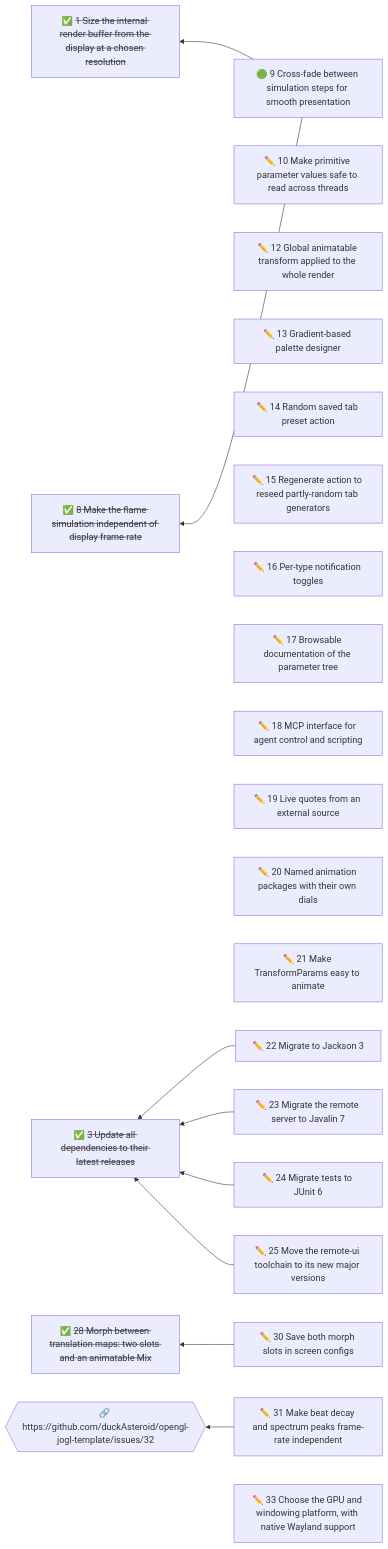
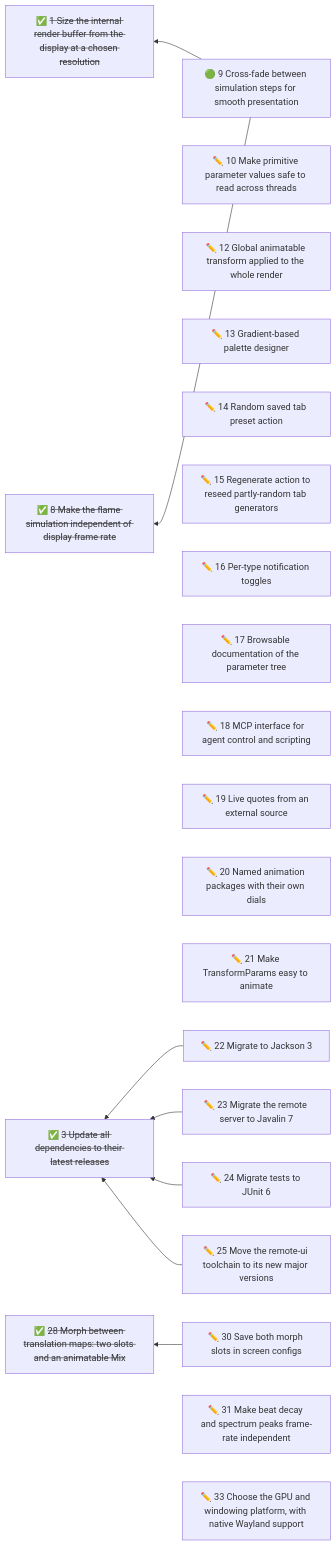
One commit to duckAsteroid/cthugha-reborn changed the diagram in docs/initiatives/README.md. Above: the diagram before and after it, drawn with Mermaid. The commit also changed other lines of this file and 1 other file, not shown here.

Commit message:
docs(initiatives): rescope ct#31 to the beat decay setting after RC9
RC9 ships the upstream wall-clock ballistics (the issue is still open), and
spectrum peaks already use its time-based defaults; what remains is moving
the app's per-frame decay setting to time units, with one open question.

Claude-Session: https://claude.ai/code/session_01YNCZAv8ZyACNq2QKWJoFvK

````diff
--- a/docs/initiatives/README.md
+++ b/docs/initiatives/README.md
@@ -52,59 +52,56 @@
 ```mermaid
 flowchart RL
   n9["🟢 9 Cross-fade between simulation steps for smooth presentation"]
   n10["✏️ 10 Make primitive parameter values safe to read across threads"]
   n12["✏️ 12 Global animatable transform applied to the whole render"]
   n13["✏️ 13 Gradient-based palette designer"]
   n14["✏️ 14 Random saved tab preset action"]
   n15["✏️ 15 Regenerate action to reseed partly-random tab generators"]
   n16["✏️ 16 Per-type notification toggles"]
   n17["✏️ 17 Browsable documentation of the parameter tree"]
   n18["✏️ 18 MCP interface for agent control and scripting"]
   n19["✏️ 19 Live quotes from an external source"]
   n20["✏️ 20 Named animation packages with their own dials"]
   n21["✏️ 21 Make TransformParams easy to animate"]
   n22["✏️ 22 Migrate to Jackson 3"]
   n23["✏️ 23 Migrate the remote server to Javalin 7"]
   n24["✏️ 24 Migrate tests to JUnit 6"]
   n25["✏️ 25 Move the remote-ui toolchain to its new major versions"]
   n30["✏️ 30 Save both morph slots in screen configs"]
   n31["✏️ 31 Make beat decay and spectrum peaks frame-rate independent"]
   n33["✏️ 33 Choose the GPU and windowing platform, with native Wayland support"]
   n1["✅ <s>1 Size the internal render buffer from the display at a chosen resolution</s>"]
   n8["✅ <s>8 Make the flame simulation independent of display frame rate</s>"]
   n3["✅ <s>3 Update all dependencies to their latest releases</s>"]
   n28["✅ <s>28 Morph between translation maps: two slots and an animatable Mix</s>"]
-  x1{{"🔗 https://github.com/duckAsteroid/opengl-jogl-template/issues/32"}}
   n9 --> n1
   n9 --> n8
   n22 --> n3
   n23 --> n3
   n24 --> n3
   n25 --> n3
   n30 --> n28
-  n31 --> x1
   click n9 href "09-decouple-simulation-from-display-with-interpolated-presentat.md"
   click n10 href "10-make-primitive-parameter-values-safe-to-read-across-threads.md"
   click n12 href "12-global-animatable-transform-applied-to-the-whole-render.md"
   click n13 href "13-gradient-based-palette-designer.md"
   click n14 href "14-random-saved-tab-preset-action.md"
   click n15 href "15-regenerate-action-to-reseed-partly-random-tab-generators.md"
   click n16 href "16-per-type-notification-toggles.md"
   click n17 href "17-browsable-documentation-of-the-parameter-tree.md"
   click n18 href "18-mcp-interface-for-agent-control-and-scripting.md"
   click n19 href "19-live-quotes-from-an-external-source.md"
   click n20 href "20-named-animation-packages-with-their-own-dials.md"
   click n21 href "21-make-transformparams-easy-to-animate.md"
   click n22 href "22-migrate-to-jackson-3.md"
   click n23 href "23-migrate-the-remote-server-to-javalin-7.md"
   click n24 href "24-migrate-tests-to-junit-6.md"
   click n25 href "25-move-the-remote-ui-toolchain-to-its-new-major-versions.md"
   click n30 href "30-save-both-morph-slots-in-screen-configs.md"
   click n31 href "31-make-beat-decay-and-spectrum-peaks-frame-rate-independent.md"
   click n33 href "33-choose-the-gpu-and-windowing-platform-with-native-wayland-su.md"
   click n1 href "01-cap-the-internal-render-resolution-at-high-window-sizes.md"
   click n8 href "08-make-the-flame-simulation-independent-of-display-frame-rate.md"
   click n3 href "03-update-all-dependencies-to-their-latest-releases.md"
   click n28 href "28-blend-between-two-translation-maps-over-time.md"
-  click x1 href "https://github.com/duckAsteroid/opengl-jogl-template/issues/32"
 ```
````
